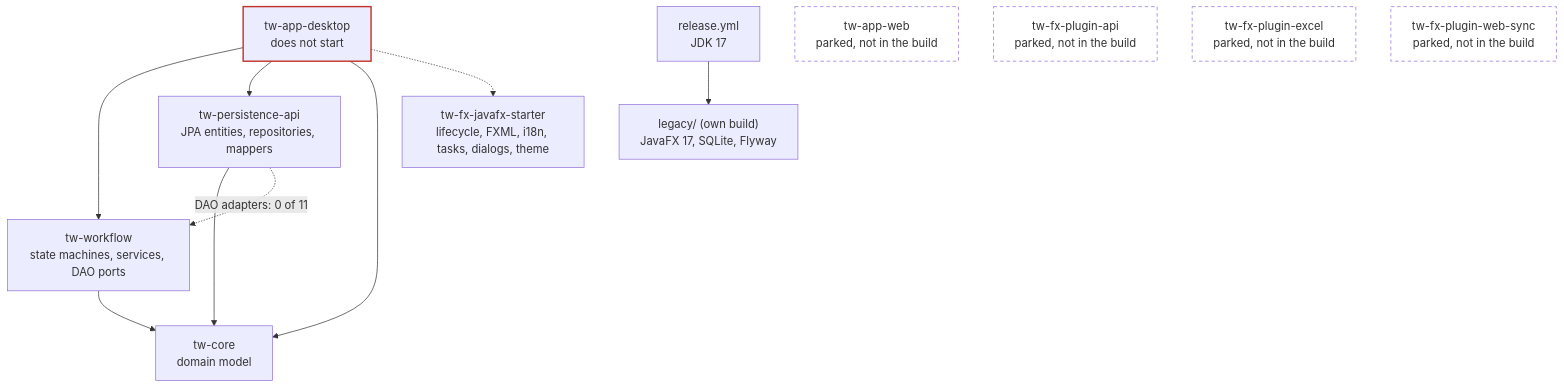
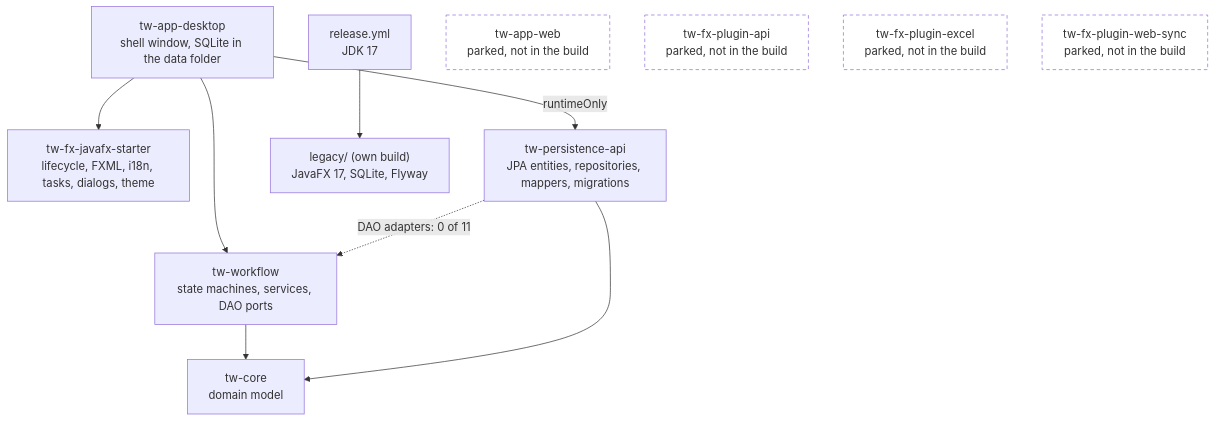
The diagram in tw-docs/diagrams/modules-current.mmd (YahorSviarchkou/twister), drawn with Mermaid before and after one commit.

Commit message:
docs(tw-docs): show the running desktop app in the module graph TW-18

```diff
--- a/tw-docs/diagrams/modules-current.mmd
+++ b/tw-docs/diagrams/modules-current.mmd
@@ -1,28 +1,25 @@
-%% Current Gradle module graph (2026-11-22). Dashed arrows: dependency commented out or not implemented. Dashed boxes: parked, not in the build.
+%% Current Gradle module graph (2026-11-22). Dashed arrows: not implemented. Dashed boxes: parked, not in the build.
 flowchart TB
-  desktop["tw-app-desktop<br/>does not start"]
+  desktop["tw-app-desktop<br/>shell window, SQLite in the data folder"]
   starter["tw-fx-javafx-starter<br/>lifecycle, FXML, i18n, tasks, dialogs, theme"]
   wf["tw-workflow<br/>state machines, services, DAO ports"]
-  per["tw-persistence-api<br/>JPA entities, repositories, mappers"]
+  per["tw-persistence-api<br/>JPA entities, repositories, mappers, migrations"]
   core["tw-core<br/>domain model"]
   legacy["legacy/ (own build)<br/>JavaFX 17, SQLite, Flyway"]
   ci["release.yml<br/>JDK 17"]
 
   desktop --> wf
-  desktop --> per
-  desktop --> core
-  desktop -.-> starter
+  desktop -- "runtimeOnly" --> per
+  desktop --> starter
   wf --> core
   per --> core
   per -. "DAO adapters: 0 of 11" .-> wf
   ci --> legacy
 
   web["tw-app-web<br/>parked, not in the build"]
   papi["tw-fx-plugin-api<br/>parked, not in the build"]
   pexcel["tw-fx-plugin-excel<br/>parked, not in the build"]
   psync["tw-fx-plugin-web-sync<br/>parked, not in the build"]
 
   classDef parked stroke-dasharray: 5 4,fill:transparent
-  classDef broken stroke:#c2302a,stroke-width:2px
   class web,papi,pexcel,psync parked
-  class desktop broken
```
